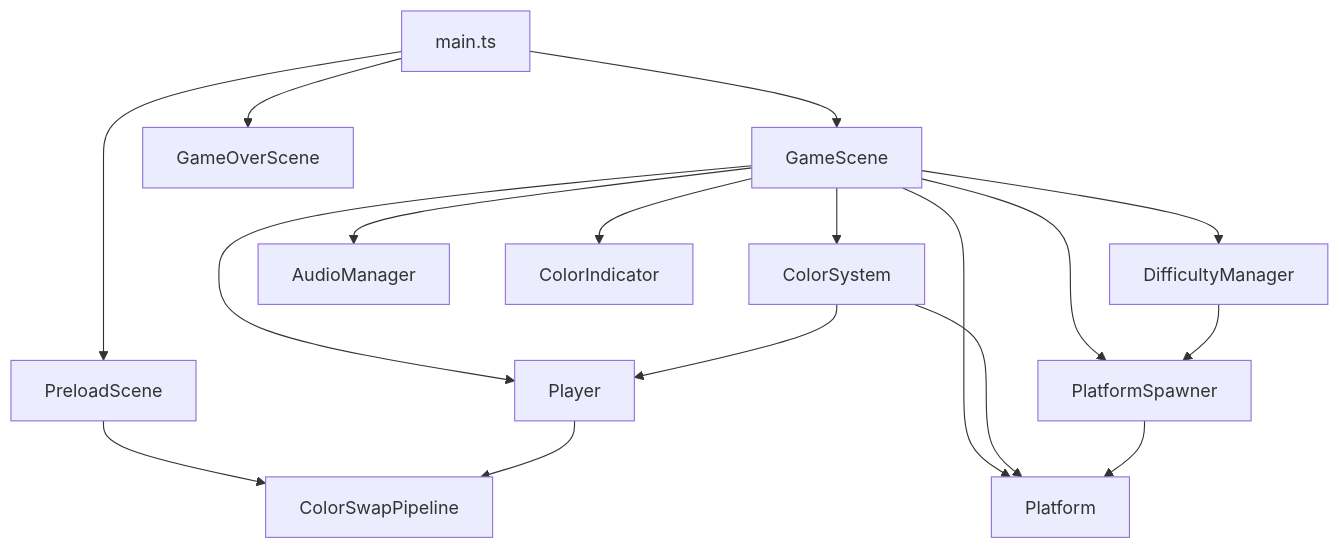
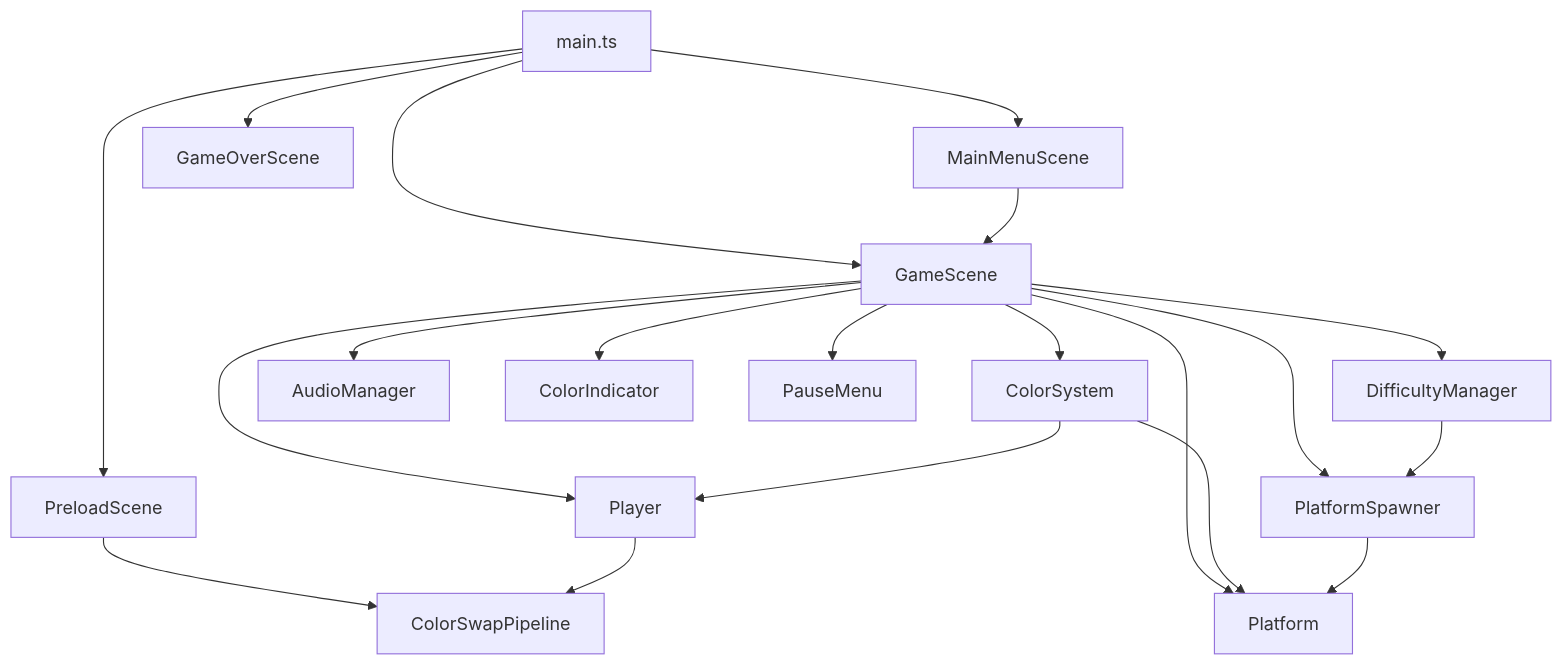
Before and after one commit to FistOfFury/Chromask: the first of 2 diagrams in docs/architecture.md, drawn with Mermaid. The commit also changed other lines of this file and 3 other files, not shown here.

First line of the commit message:
feat: update scene flow and add preload transitions

````diff
--- a/docs/architecture.md
+++ b/docs/architecture.md
@@ -7,19 +7,22 @@
 ```mermaid
 graph TD
     main[main.ts] --> PreloadScene
+    main --> MainMenuScene
     main --> GameScene
     main --> GameOverScene
     PreloadScene --> ColorSwapPipeline
+    MainMenuScene --> GameScene
     GameScene --> Player
     GameScene --> Platform
     GameScene --> ColorSystem
     GameScene --> PlatformSpawner
     GameScene --> DifficultyManager
     GameScene --> AudioManager
     GameScene --> ColorIndicator
+    GameScene --> PauseMenu
     ColorSystem --> Platform
     ColorSystem --> Player
     Player --> ColorSwapPipeline
     PlatformSpawner --> Platform
     DifficultyManager --> PlatformSpawner
 ```
````
